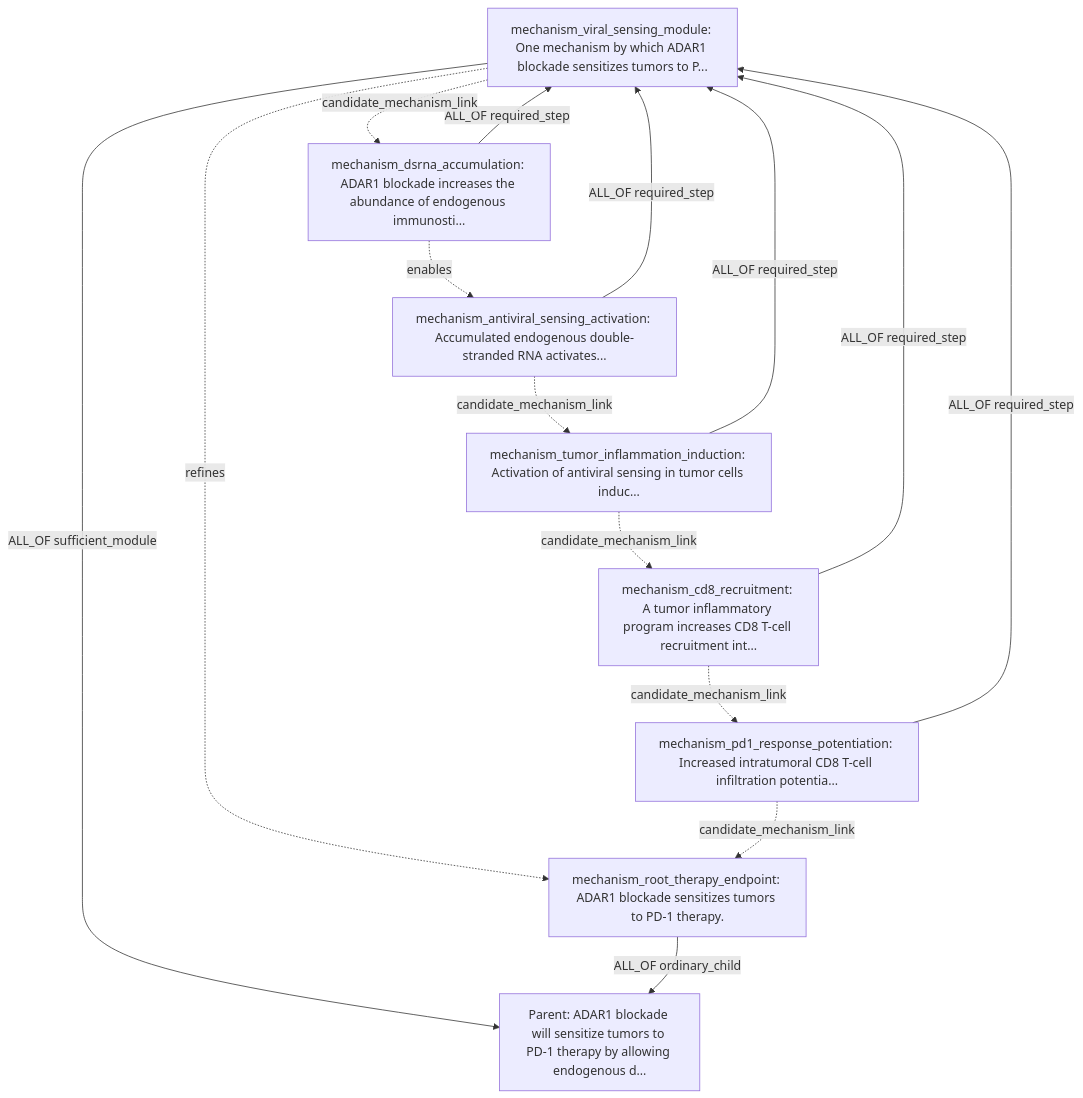
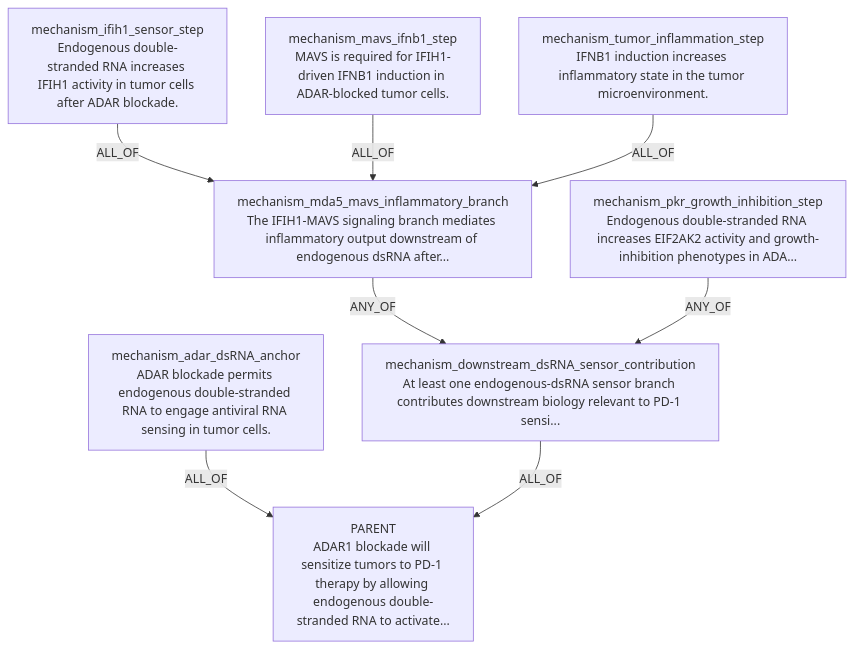
The first of 12 diagrams in LLM_STEP0_CANDIDATE_CLAIM_DAG_EXAMPLES_20260602.md (eliannaqk/bioKG), drawn with Mermaid before and after one commit. The commit also changed other lines of this file and 17 other files, not shown here.

````diff
--- a/LLM_STEP0_CANDIDATE_CLAIM_DAG_EXAMPLES_20260602.md
+++ b/LLM_STEP0_CANDIDATE_CLAIM_DAG_EXAMPLES_20260602.md
@@ -111,26 +98,18 @@
 ```mermaid
 flowchart TD
-  P["Parent: ADAR1 blockade will sensitize tumors to PD-1 therapy by allowing endogenous d..."]
-  N1["mechanism_viral_sensing_module: One mechanism by which ADAR1 blockade sensitizes tumors to P..."]
-  N2["mechanism_dsrna_accumulation: ADAR1 blockade increases the abundance of endogenous immunosti..."]
-  N3["mechanism_antiviral_sensing_activation: Accumulated endogenous double-stranded RNA activates..."]
-  N4["mechanism_tumor_inflammation_induction: Activation of antiviral sensing in tumor cells induc..."]
-  N5["mechanism_cd8_recruitment: A tumor inflammatory program increases CD8 T-cell recruitment int..."]
-  N6["mechanism_pd1_response_potentiation: Increased intratumoral CD8 T-cell infiltration potentia..."]
-  N7["mechanism_root_therapy_endpoint: ADAR1 blockade sensitizes tumors to PD-1 therapy."]
-
-  N1 -->|ALL_OF sufficient_module| P
-  N2 -->|ALL_OF required_step| N1
-  N3 -->|ALL_OF required_step| N1
-  N4 -->|ALL_OF required_step| N1
-  N5 -->|ALL_OF required_step| N1
-  N6 -->|ALL_OF required_step| N1
-  N7 -->|ALL_OF ordinary_child| P
-  N2 -.->|enables| N3
-  N3 -.->|candidate_mechanism_link| N4
-  N4 -.->|candidate_mechanism_link| N5
-  N5 -.->|candidate_mechanism_link| N6
-  N1 -.->|refines| N7
-  N1 -.->|candidate_mechanism_link| N2
-  N6 -.->|candidate_mechanism_link| N7
+  P["PARENT<br/>ADAR1 blockade will sensitize tumors to PD-1 therapy by allowing endogenous double-stranded RNA to activate..."]
+  N1["mechanism_adar_dsRNA_anchor<br/>ADAR blockade permits endogenous double-stranded RNA to engage antiviral RNA sensing in tumor cells."]
+  N2["mechanism_ifih1_sensor_step<br/>Endogenous double-stranded RNA increases IFIH1 activity in tumor cells after ADAR blockade."]
+  N3["mechanism_mavs_ifnb1_step<br/>MAVS is required for IFIH1-driven IFNB1 induction in ADAR-blocked tumor cells."]
+  N4["mechanism_tumor_inflammation_step<br/>IFNB1 induction increases inflammatory state in the tumor microenvironment."]
+  N5["mechanism_pkr_growth_inhibition_step<br/>Endogenous double-stranded RNA increases EIF2AK2 activity and growth-inhibition phenotypes in ADA..."]
+  N6["mechanism_mda5_mavs_inflammatory_branch<br/>The IFIH1-MAVS signaling branch mediates inflammatory output downstream of endogenous dsRNA after..."]
+  N7["mechanism_downstream_dsRNA_sensor_contribution<br/>At least one endogenous-dsRNA sensor branch contributes downstream biology relevant to PD-1 sensi..."]
+  N2 -- "ALL_OF" --> N6
+  N3 -- "ALL_OF" --> N6
+  N4 -- "ALL_OF" --> N6
+  N6 -- "ANY_OF" --> N7
+  N5 -- "ANY_OF" --> N7
+  N1 -- "ALL_OF" --> P
+  N7 -- "ALL_OF" --> P
 ```
````
